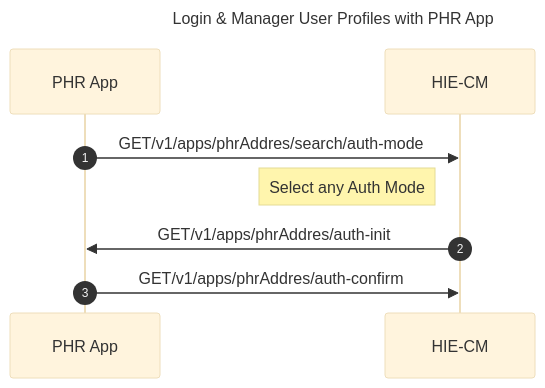
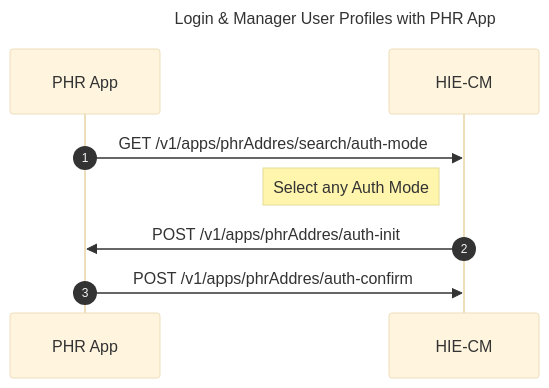
The diagram in content/5-building-a-phr-app/login-manage-user.md (kiranma72/abdm-docs), drawn with Mermaid (base theme) before and after one commit. The commit also changed other lines of this file, not shown here.

```diff
--- a/content/5-building-a-phr-app/login-manage-user.md
+++ b/content/5-building-a-phr-app/login-manage-user.md
@@ -40,9 +40,9 @@
 {{< mermaid >}}
 %%{init:{"fontSize": "1.0rem", "sequence":{"showSequenceNumbers":true}}}%%
 sequenceDiagram
 title Login & Manager User Profiles with PHR App
-PHR App->>HIE-CM:GET/v1/apps/phrAddres/search/auth-mode
+PHR App->>HIE-CM:GET /v1/apps/phrAddres/search/auth-mode
 note left of HIE-CM: Select any Auth Mode
-HIE-CM->>PHR App:GET/v1/apps/phrAddres/auth-init
-PHR App->>HIE-CM:GET/v1/apps/phrAddres/auth-confirm
+HIE-CM->>PHR App:POST /v1/apps/phrAddres/auth-init
+PHR App->>HIE-CM:POST /v1/apps/phrAddres/auth-confirm
 {{< /mermaid >}}
```
